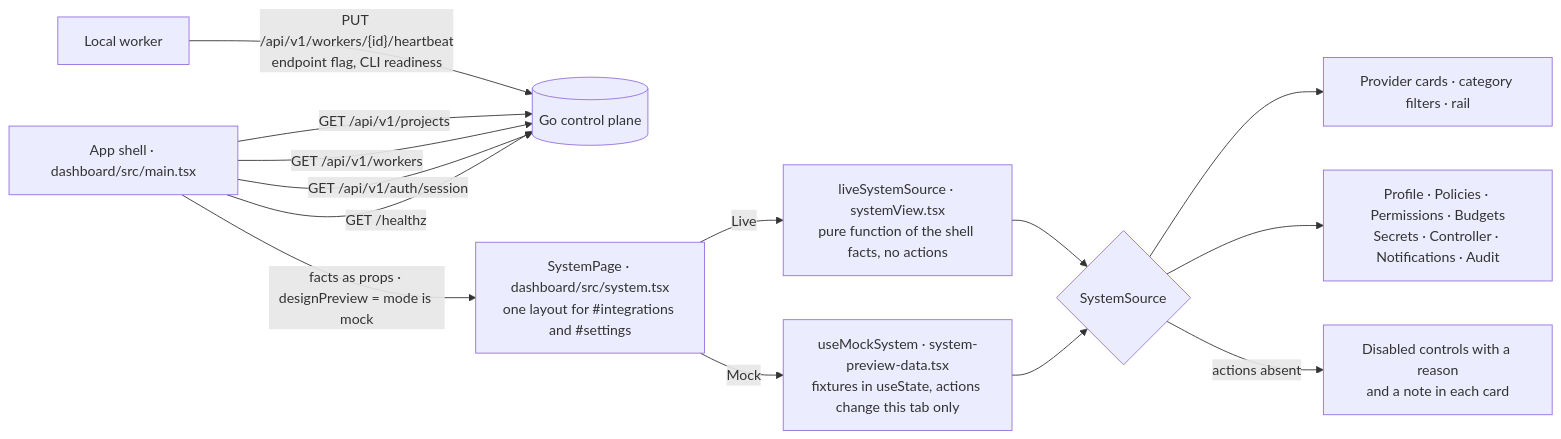
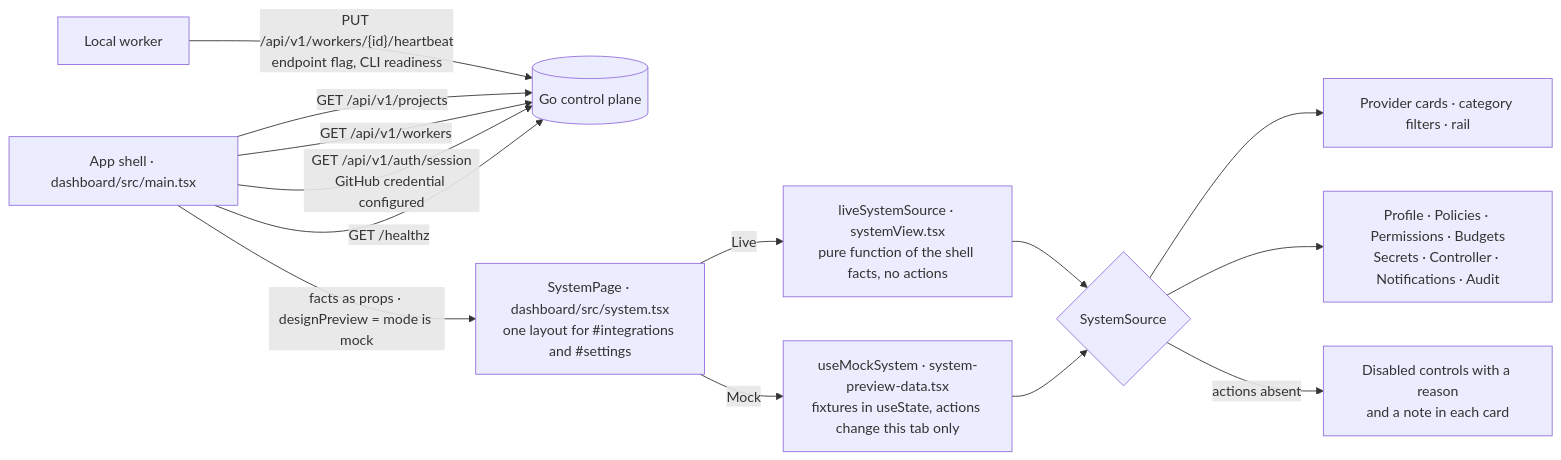
Before and after one commit to bogdaniel/zenchron-engineering-os: the diagram in docs/features/system-settings-and-integrations.md, drawn with Mermaid. The commit also changed other lines of this file and 5 other files, not shown here.

Commit message:
fix(settings): report GitHub write credential state

````diff
--- a/docs/features/system-settings-and-integrations.md
+++ b/docs/features/system-settings-and-integrations.md
@@ -12,16 +12,16 @@
 ```mermaid
 flowchart LR
     Shell["App shell · dashboard/src/main.tsx"] -->|"GET /healthz"| CP[(Go control plane)]
-    Shell -->|"GET /api/v1/auth/session"| CP
+    Shell -->|"GET /api/v1/auth/session<br>GitHub credential configured"| CP
     Shell -->|"GET /api/v1/workers"| CP
     Shell -->|"GET /api/v1/projects"| CP
     Worker[Local worker] -->|"PUT /api/v1/workers/{id}/heartbeat<br/>endpoint flag, CLI readiness"| CP
     Shell -->|"facts as props · designPreview = mode is mock"| Page["SystemPage · dashboard/src/system.tsx<br/>one layout for #integrations and #settings"]
     Page -->|Mock| Mock["useMockSystem · system-preview-data.tsx<br/>fixtures in useState, actions change this tab only"]
     Page -->|Live| Live["liveSystemSource · systemView.tsx<br/>pure function of the shell facts, no actions"]
     Mock --> Source{"SystemSource"}
     Live --> Source
     Source --> Cards["Provider cards · category filters · rail"]
     Source --> Settings["Profile · Policies · Permissions · Budgets<br/>Secrets · Controller · Notifications · Audit"]
     Source -->|"actions absent"| Disabled["Disabled controls with a reason<br/>and a note in each card"]
 ```
````
